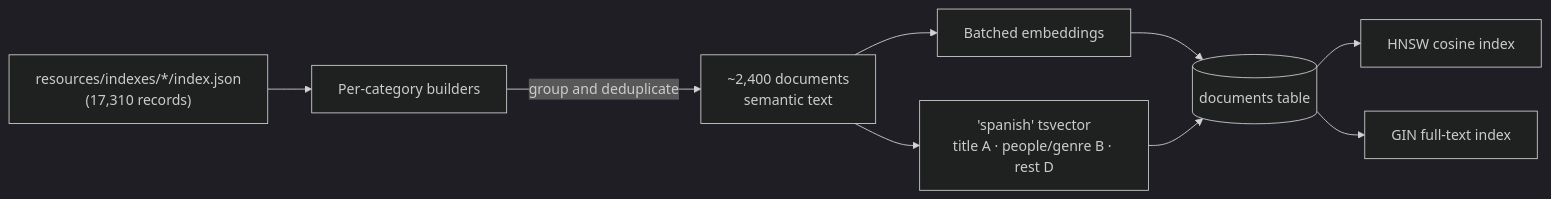
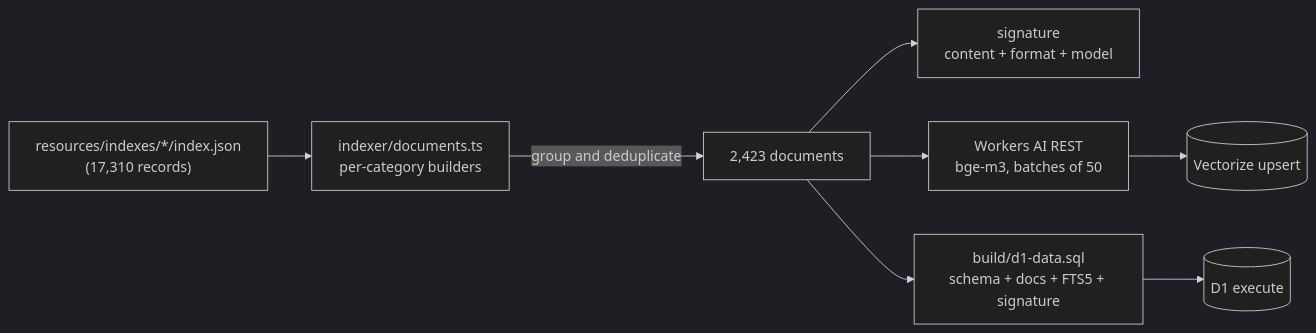
One commit to manu-gt-hub/rag_system changed the third of 5 diagrams in doc/architecture.md. Above: the diagram before and after it, drawn with Mermaid (dark theme). The commit also changed other lines of this file and 53 other files, not shown here.

````diff
--- a/doc/architecture.md
+++ b/doc/architecture.md
@@ -65,11 +60,10 @@
 ```mermaid
 flowchart LR
-    J["resources/indexes/*/index.json<br/>(17,310 records)"] --> B[Per-category builders]
-    B -->|group and deduplicate| D["~2,400 documents<br/>semantic text"]
-    D --> E[Batched embeddings]
-    D --> T["'spanish' tsvector<br/>title A · people/genre B · rest D"]
-    E --> I[(documents table)]
-    T --> I
-    I --> H[HNSW cosine index]
-    I --> G[GIN full-text index]
+    J["resources/indexes/*/index.json<br/>(17,310 records)"] --> B[indexer/documents.ts<br/>per-category builders]
+    B -->|group and deduplicate| D["2,423 documents"]
+    D --> S[signature<br/>content + format + model]
+    D --> E[Workers AI REST<br/>bge-m3, batches of 50]
+    E --> V[(Vectorize upsert)]
+    D --> F["build/d1-data.sql<br/>schema + docs + FTS5 + signature"]
+    F --> DB[(D1 execute)]
 ```
````
